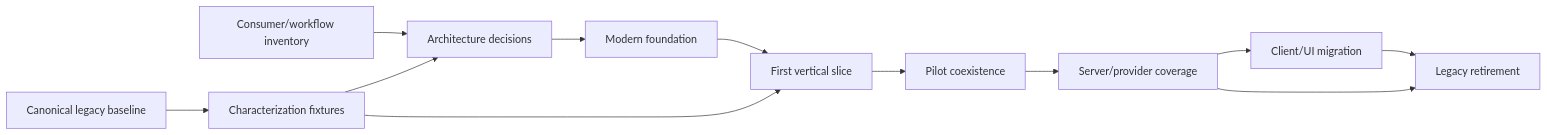
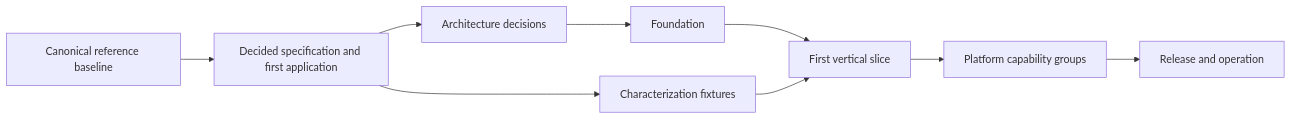
Before and after one commit to mraysmit/annper: the third of 3 diagrams in docs/MIGRATION_MASTER.md, drawn with Mermaid. The commit also changed other lines of this file and 7 other files, not shown here.

````diff
--- a/docs/MIGRATION_MASTER.md
+++ b/docs/MIGRATION_MASTER.md
@@ -1074,25 +951,20 @@
 ```mermaid
 flowchart LR
-    Baseline["Canonical legacy baseline"]
-    Consumers["Consumer/workflow inventory"]
+    Baseline["Canonical reference baseline"]
+    Spec["Decided specification and first application"]
     Fixtures["Characterization fixtures"]
     Decisions["Architecture decisions"]
-    Foundation["Modern foundation"]
+    Foundation["Foundation"]
     Slice["First vertical slice"]
-    Pilot["Pilot coexistence"]
-    Coverage["Server/provider coverage"]
-    UI["Client/UI migration"]
-    Retire["Legacy retirement"]
+    Coverage["Platform capability groups"]
+    Release["Release and operation"]
 
-    Baseline --> Fixtures
-    Consumers --> Decisions
-    Fixtures --> Decisions
+    Baseline --> Spec
+    Spec --> Fixtures
+    Spec --> Decisions
     Decisions --> Foundation
     Foundation --> Slice
     Fixtures --> Slice
-    Slice --> Pilot
-    Pilot --> Coverage
-    Coverage --> UI
-    UI --> Retire
-    Coverage --> Retire
+    Slice --> Coverage
+    Coverage --> Release
 ```
````
